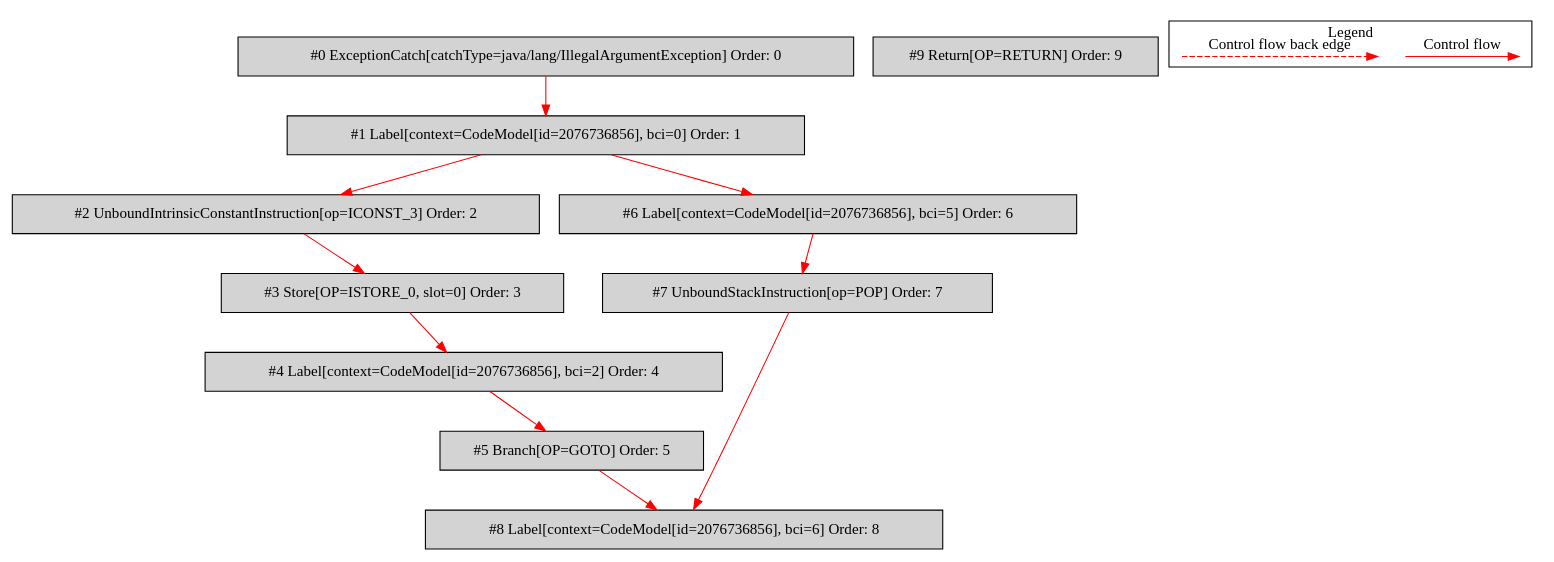
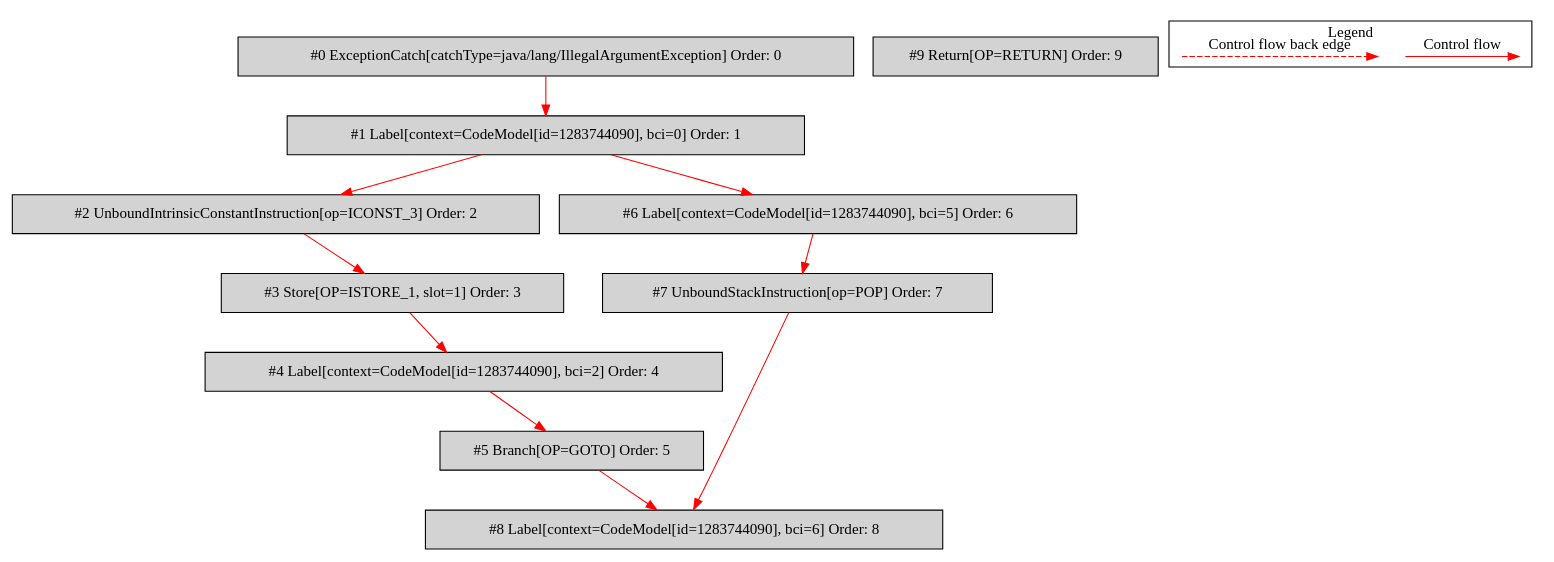
Before and after one commit to mirkosertic/MetaIR: the diagram in de.mirkosertic.metair.ir.OpcodeTryCatchTest/test_SimpleCatch/bytecodecfg.dot, drawn with Graphviz. The commit also changed 176 other files, not shown here.

```diff
--- a/de.mirkosertic.metair.ir.OpcodeTryCatchTest/test_SimpleCatch/bytecodecfg.dot
+++ b/de.mirkosertic.metair.ir.OpcodeTryCatchTest/test_SimpleCatch/bytecodecfg.dot
@@ -1,35 +1,35 @@
 digraph {
  node0[label="#0 ExceptionCatch[catchType=java/lang/IllegalArgumentException] Order: 0", shape=box, fillcolor=lightgrey, style=filled];
- node1[label="#1 Label[context=CodeModel[id=2076736856], bci=0] Order: 1", shape=box, fillcolor=lightgrey, style=filled];
+ node1[label="#1 Label[context=CodeModel[id=1283744090], bci=0] Order: 1", shape=box, fillcolor=lightgrey, style=filled];
  node2[label="#2 UnboundIntrinsicConstantInstruction[op=ICONST_3] Order: 2", shape=box, fillcolor=lightgrey, style=filled];
- node3[label="#3 Store[OP=ISTORE_0, slot=0] Order: 3", shape=box, fillcolor=lightgrey, style=filled];
- node4[label="#4 Label[context=CodeModel[id=2076736856], bci=2] Order: 4", shape=box, fillcolor=lightgrey, style=filled];
+ node3[label="#3 Store[OP=ISTORE_1, slot=1] Order: 3", shape=box, fillcolor=lightgrey, style=filled];
+ node4[label="#4 Label[context=CodeModel[id=1283744090], bci=2] Order: 4", shape=box, fillcolor=lightgrey, style=filled];
  node5[label="#5 Branch[OP=GOTO] Order: 5", shape=box, fillcolor=lightgrey, style=filled];
- node6[label="#6 Label[context=CodeModel[id=2076736856], bci=5] Order: 6", shape=box, fillcolor=lightgrey, style=filled];
+ node6[label="#6 Label[context=CodeModel[id=1283744090], bci=5] Order: 6", shape=box, fillcolor=lightgrey, style=filled];
  node7[label="#7 UnboundStackInstruction[op=POP] Order: 7", shape=box, fillcolor=lightgrey, style=filled];
- node8[label="#8 Label[context=CodeModel[id=2076736856], bci=6] Order: 8", shape=box, fillcolor=lightgrey, style=filled];
+ node8[label="#8 Label[context=CodeModel[id=1283744090], bci=6] Order: 8", shape=box, fillcolor=lightgrey, style=filled];
  node9[label="#9 Return[OP=RETURN] Order: 9", shape=box, fillcolor=lightgrey, style=filled];
  node0 -> node1[color=red];
  node1 -> node2[color=red];
  node2 -> node3[color=red];
  node3 -> node4[color=red];
  node4 -> node5[color=red];
  node1 -> node6[color=red];
  node6 -> node7[color=red];
  node5 -> node8[color=red];
  node7 -> node8[color=red];
  subgraph cluster_000 {
   label = "Legend";
   node [shape=point]
   {
    rank=same;
    c0 [style = invis];
    c1 [style = invis];
    c2 [style = invis];
    c3 [style = invis];
   }
   c0 -> c1 [label="Control flow", style=solid, color=red]
   c2 -> c3 [label="Control flow back edge", style=dashed, color=red]
  }
 
 }
```
